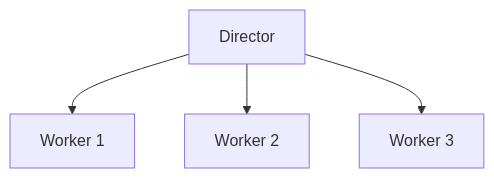
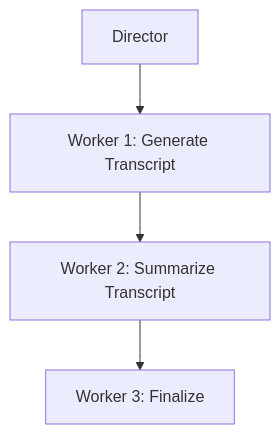
Before and after one commit to kyegomez/swarms: the second of 2 diagrams in docs/swarms/concept/vision.md, drawn with Mermaid. The commit also changed other lines of this file, not shown here.

````diff
--- a/docs/swarms/concept/vision.md
+++ b/docs/swarms/concept/vision.md
@@ -149,6 +147,6 @@
 ```mermaid
 flowchart TD
-    A[Director] --> B1[Worker 1]
-    A --> B2[Worker 2]
-    A --> B3[Worker 3]
+    A[Director] --> B[Worker 1: Generate Transcript]
+    B --> C[Worker 2: Summarize Transcript]
+    C --> D[Worker 3: Finalize]
 ```
````
